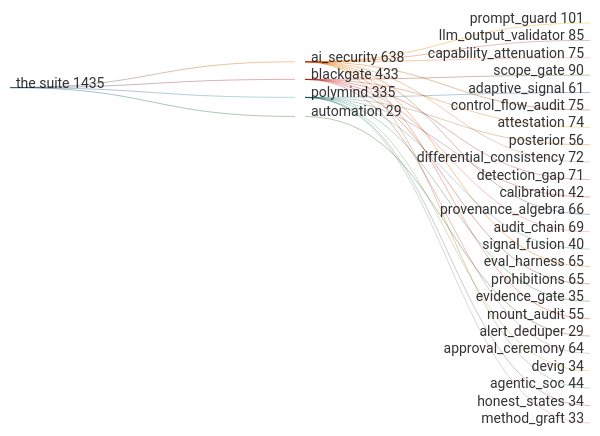
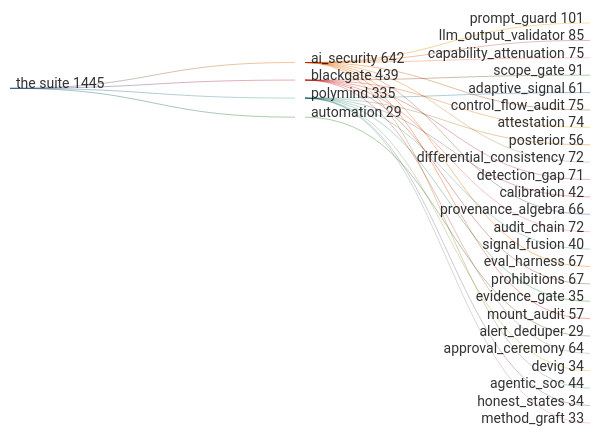
One commit to greeklinux/Showcase changed the third of 5 diagrams in README.md. Above: the diagram before and after it, drawn with Mermaid. The commit also changed other lines of this file and 16 other files, not shown here.

Commit message:
Close scope, audit and evaluation integrity gaps

````diff
--- a/README.md
+++ b/README.md
@@ -354,32 +354,32 @@
 ```mermaid
 sankey-beta
 
-the suite,ai_security,638
-the suite,blackgate,433
+the suite,ai_security,642
+the suite,blackgate,439
 the suite,polymind,335
 the suite,automation,29
 ai_security,prompt_guard,101
 ai_security,llm_output_validator,85
 ai_security,capability_attenuation,75
 ai_security,control_flow_audit,75
 ai_security,differential_consistency,72
 ai_security,provenance_algebra,66
-ai_security,eval_harness,65
-ai_security,mount_audit,55
+ai_security,eval_harness,67
+ai_security,mount_audit,57
 ai_security,agentic_soc,44
-blackgate,scope_gate,90
+blackgate,scope_gate,91
 blackgate,attestation,74
 blackgate,detection_gap,71
-blackgate,audit_chain,69
-blackgate,prohibitions,65
+blackgate,audit_chain,72
+blackgate,prohibitions,67
 blackgate,approval_ceremony,64
 polymind,adaptive_signal,61
 polymind,posterior,56
 polymind,calibration,42
 polymind,signal_fusion,40
 polymind,evidence_gate,35
 polymind,devig,34
 polymind,honest_states,34
 polymind,method_graft,33
 automation,alert_deduper,29
 ```
````
